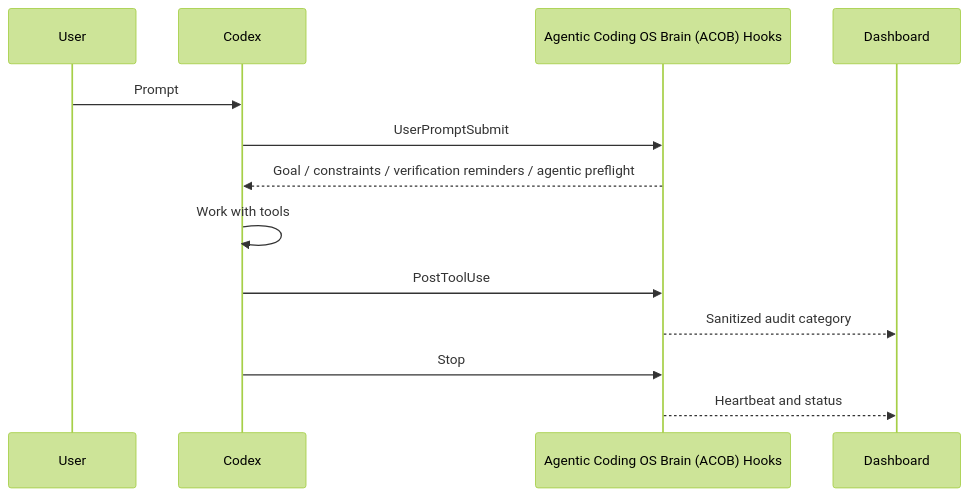
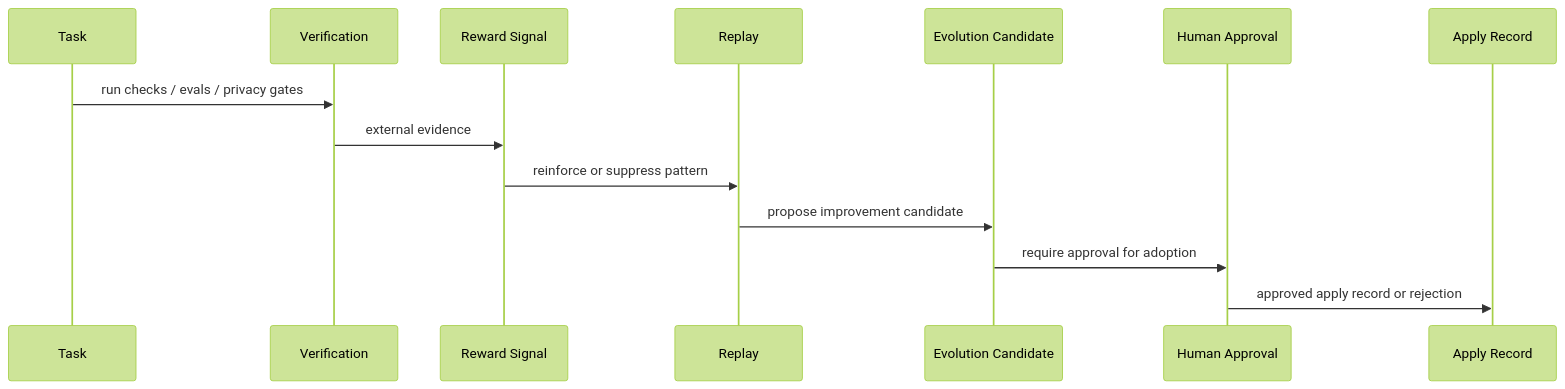
The third of 4 diagrams in README.md (liuanye9-lab/codex-os-brain), drawn with Mermaid (forest theme) before and after one commit. The commit also changed other lines of this file and 28 other files, not shown here.

Commit message:
Present ACOB as public agentic coding platform

````diff
--- a/README.md
+++ b/README.md
@@ -81,16 +125,17 @@
 ```mermaid
 sequenceDiagram
-  participant U as User
-  participant C as Codex
-  participant H as Agentic Coding OS Brain (ACOB) Hooks
-  participant D as Dashboard
+  participant T as Task
+  participant V as Verification
+  participant R as Reward Signal
+  participant P as Replay
+  participant C as Evolution Candidate
+  participant H as Human Approval
+  participant A as Apply Record
 
-  U->>C: Prompt
-  C->>H: UserPromptSubmit
-  H-->>C: Goal / constraints / verification reminders / agentic preflight
-  C->>C: Work with tools
-  C->>H: PostToolUse
-  H-->>D: Sanitized audit category
-  C->>H: Stop
-  H-->>D: Heartbeat and status
+  T->>V: run checks / evals / privacy gates
+  V->>R: external evidence
+  R->>P: reinforce or suppress pattern
+  P->>C: propose improvement candidate
+  C->>H: require approval for adoption
+  H->>A: approved apply record or rejection
 ```
````
